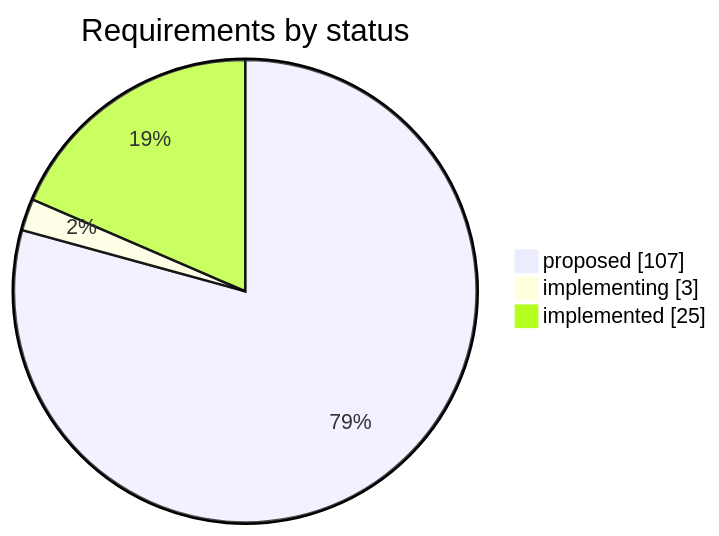
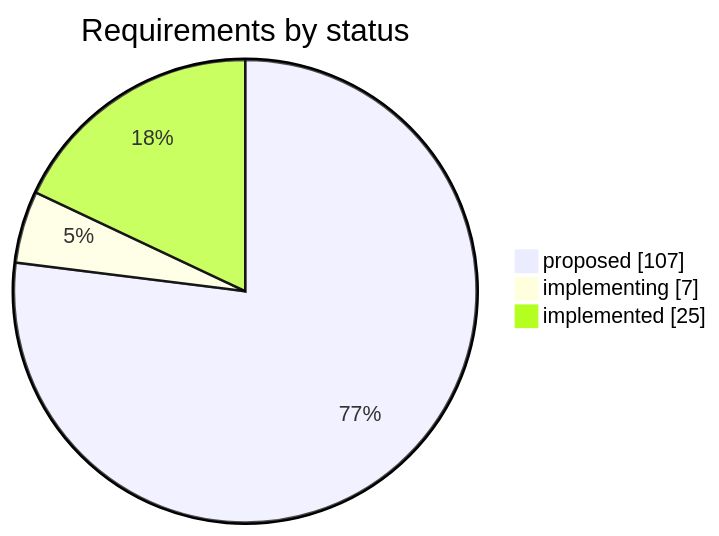
The first of 2 diagrams in STATUS.md (iammaxsu/automatic-testing-architecture), drawn with Mermaid before and after one commit. The commit also changed other lines of this file and 7 other files, not shown here.

````diff
--- a/STATUS.md
+++ b/STATUS.md
@@ -25,6 +25,6 @@
 ```mermaid
 pie showData title Requirements by status
     "proposed" : 107
-    "implementing" : 3
+    "implementing" : 7
     "implemented" : 25
 ```
````
